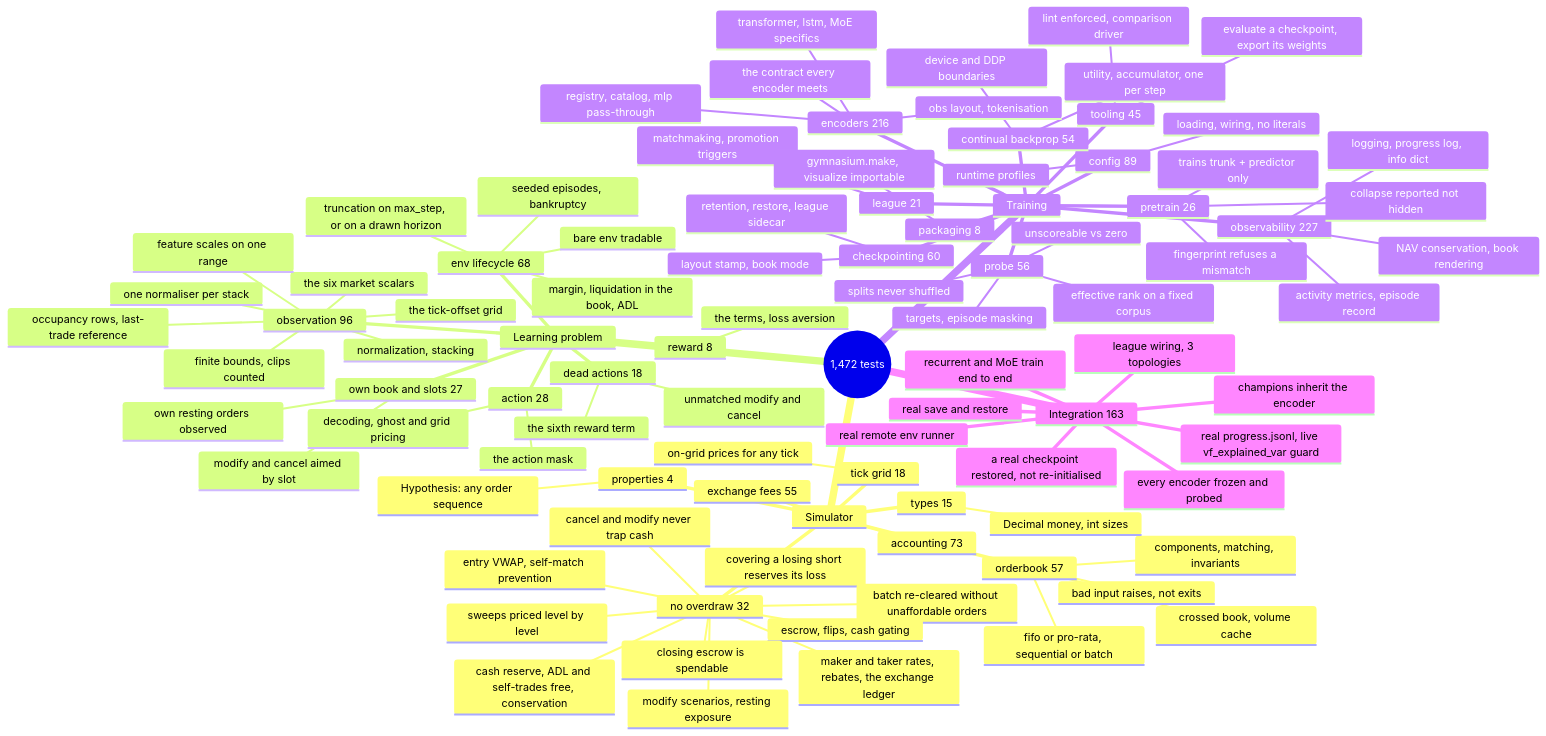
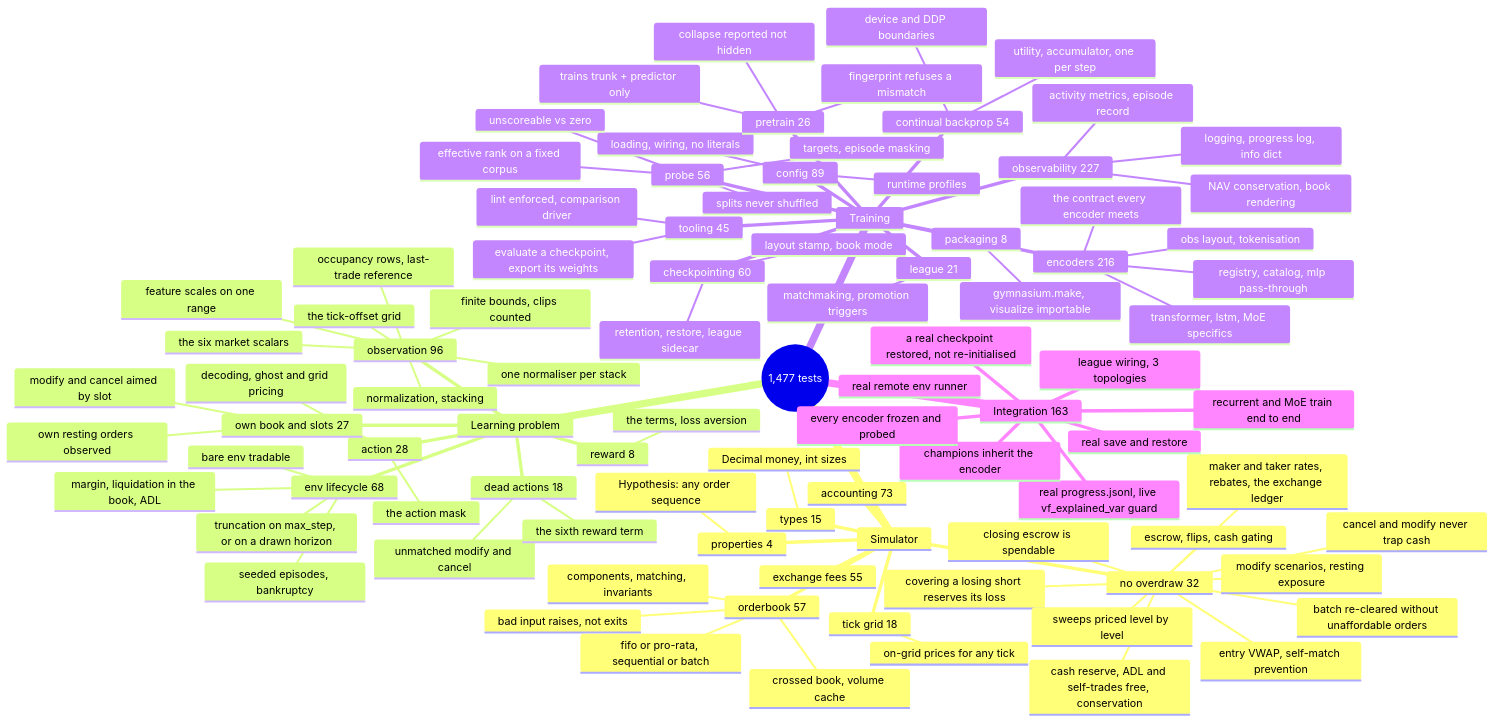
One commit to ChuaCheowHuan/gym-continuousDoubleAuction changed the diagram in doc/10_testing.md. Above: the diagram before and after it, drawn with Mermaid. The commit also changed other lines of this file and 13 other files, not shown here.

````diff
--- a/doc/10_testing.md
+++ b/doc/10_testing.md
@@ -144,6 +144,6 @@
 ```mermaid
 mindmap
-  root((1,472 tests))
+  root((1,477 tests))
     Simulator
       orderbook 57
         components, matching, invariants
````
